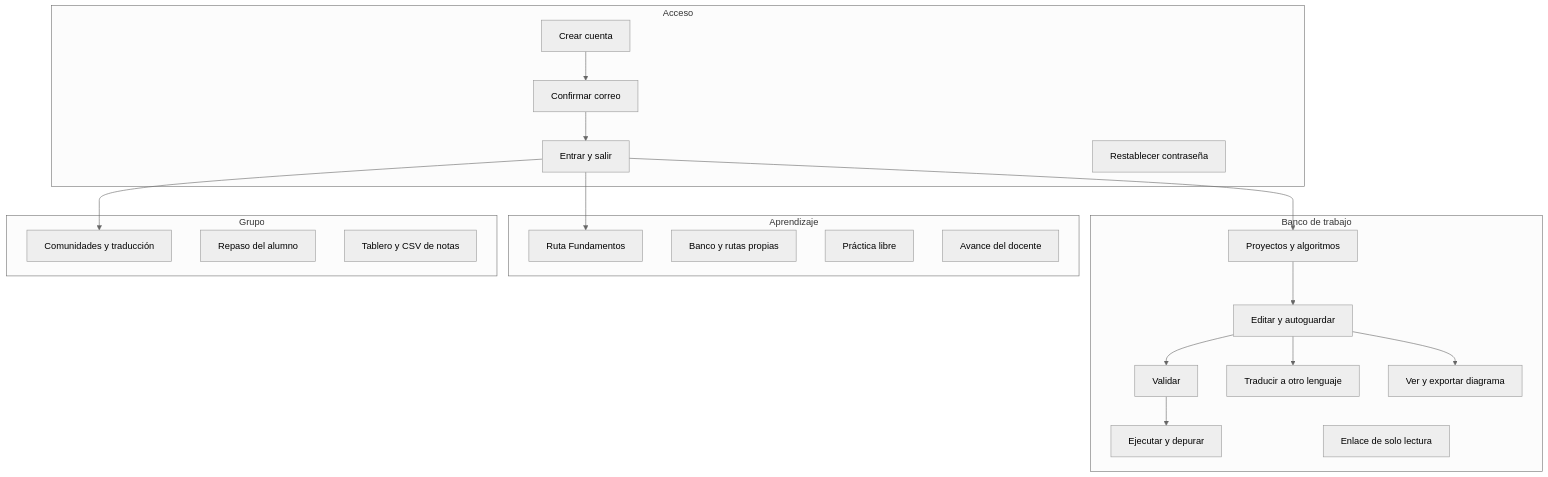
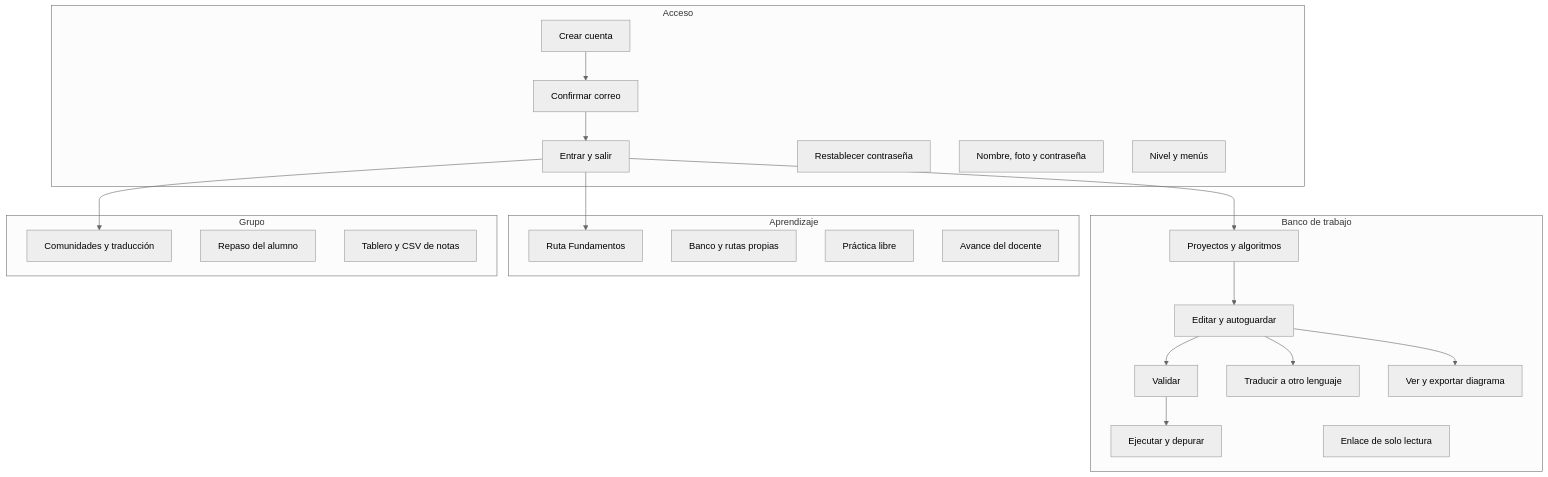
Before and after one commit to roque-code/FCDesign_client_server: the diagram in docs/vistas/arquitectura-funcional.md, drawn with Mermaid (neutral theme). The commit also changed other lines of this file and 1033 other files, not shown here.

````diff
--- a/docs/vistas/arquitectura-funcional.md
+++ b/docs/vistas/arquitectura-funcional.md
@@ -5,35 +5,37 @@
 ```mermaid
 flowchart TB
     subgraph acceso [Acceso]
         alta[Crear cuenta]
         confirmar[Confirmar correo]
         entrar[Entrar y salir]
         clave[Restablecer contraseña]
+        ficha[Nombre, foto y contraseña]
+        nivel[Nivel y menús]
     end
     subgraph trabajo [Banco de trabajo]
         proy[Proyectos y algoritmos]
         editar[Editar y autoguardar]
         validar[Validar]
         traducir[Traducir a otro lenguaje]
         correr[Ejecutar y depurar]
         diagrama[Ver y exportar diagrama]
         compartir[Enlace de solo lectura]
     end
     subgraph aprendizaje [Aprendizaje]
         ruta[Ruta Fundamentos]
         banco[Banco y rutas propias]
         practica[Práctica libre]
         avance[Avance del docente]
     end
     subgraph grupo [Grupo]
         comunidad[Comunidades y traducción]
         repaso[Repaso del alumno]
         notas[Tablero y CSV de notas]
     end
     alta --> confirmar --> entrar --> proy
     proy --> editar --> validar --> correr
     editar --> traducir
     editar --> diagrama
     entrar --> ruta
     entrar --> comunidad
 ```
````
